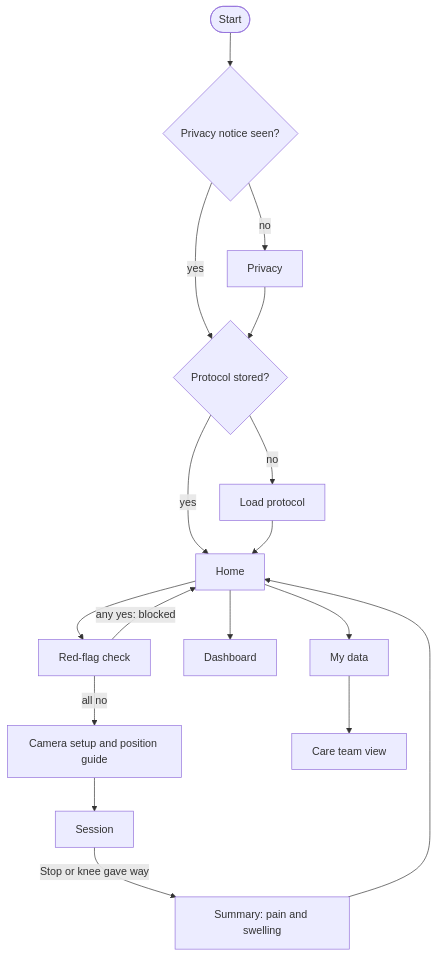
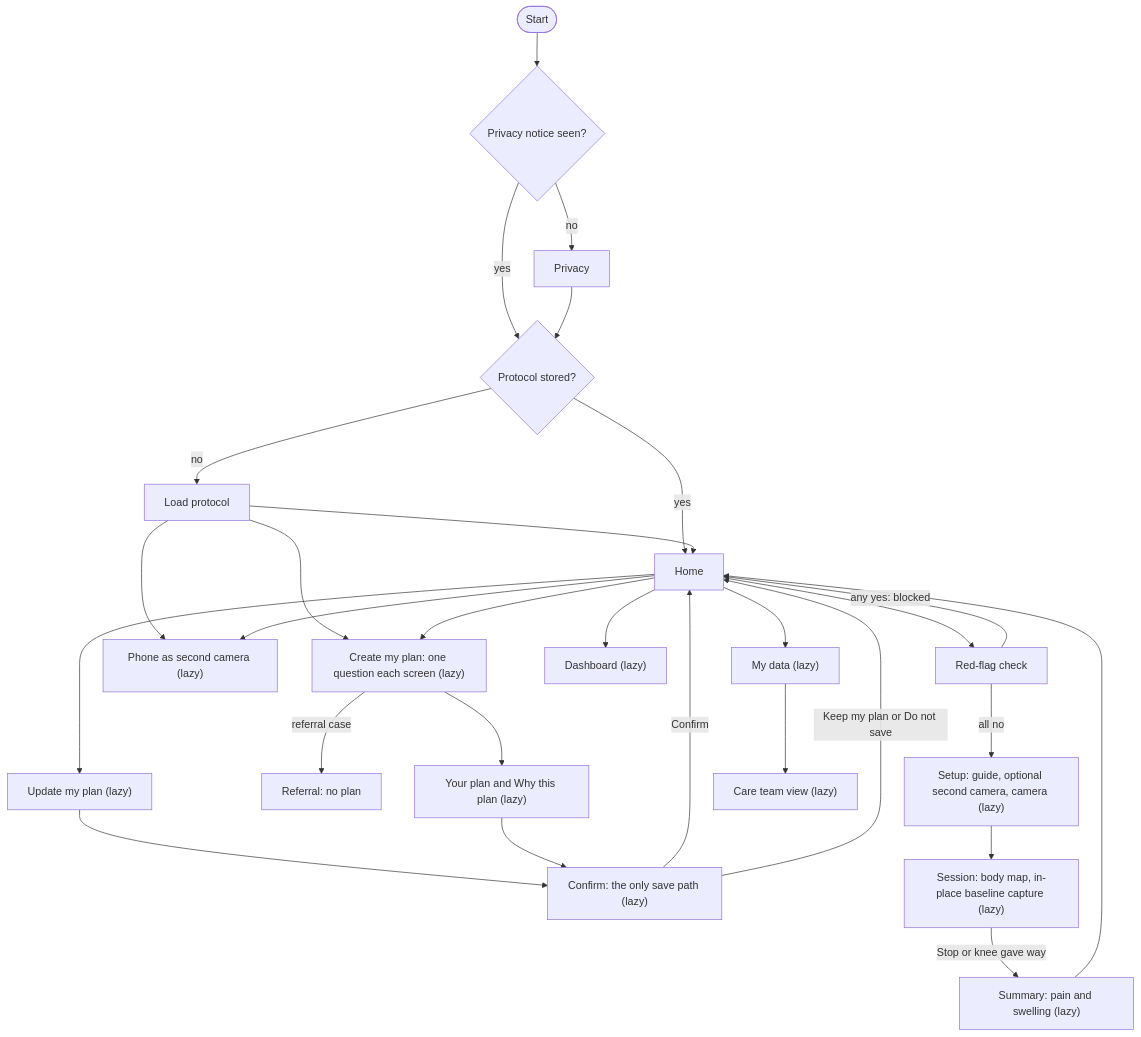
The second of 2 diagrams in docs/architecture.md (LuisCarlosOliveira/mpfl-rehab-app), drawn with Mermaid before and after one commit. The commit also changed other lines of this file and 29 other files, not shown here.

Commit message:
Round 3 fixes: in-app Back, 195 px layout, unit plurals, compact capture, stable lowest-angle baseline; live test round 2 report; docs and plan refresh; test results

````diff
--- a/docs/architecture.md
+++ b/docs/architecture.md
@@ -34,19 +50,30 @@
 ```mermaid
 flowchart TD
   start(["Start"]) --> seen{"Privacy notice seen?"}
   seen -->|"no"| privacy["Privacy"]
   seen -->|"yes"| hasp{"Protocol stored?"}
   privacy --> hasp
   hasp -->|"no"| load["Load protocol"]
   hasp -->|"yes"| home["Home"]
   load --> home
+  load --> onb["Create my plan: one question each screen (lazy)"]
+  load --> comp["Phone as second camera (lazy)"]
+  home --> comp
+  home --> onb
+  home --> upd["Update my plan (lazy)"]
+  onb -->|"referral case"| ref["Referral: no plan"]
+  onb --> plan["Your plan and Why this plan (lazy)"]
+  upd --> conf
+  plan --> conf["Confirm: the only save path (lazy)"]
+  conf -->|"Confirm"| home
+  conf -->|"Keep my plan or Do not save"| home
   home --> redflag["Red-flag check"]
   redflag -->|"any yes: blocked"| home
-  redflag -->|"all no"| setup["Camera setup and position guide"]
-  setup --> session["Session"]
-  session -->|"Stop or knee gave way"| summary["Summary: pain and swelling"]
+  redflag -->|"all no"| setup["Setup: guide, optional second camera, camera (lazy)"]
+  setup --> session["Session: body map, in-place baseline capture (lazy)"]
+  session -->|"Stop or knee gave way"| summary["Summary: pain and swelling (lazy)"]
   summary --> home
-  home --> dashboard["Dashboard"]
-  home --> data["My data"]
-  data --> clinician["Care team view"]
+  home --> dashboard["Dashboard (lazy)"]
+  home --> data["My data (lazy)"]
+  data --> clinician["Care team view (lazy)"]
 ```
````
